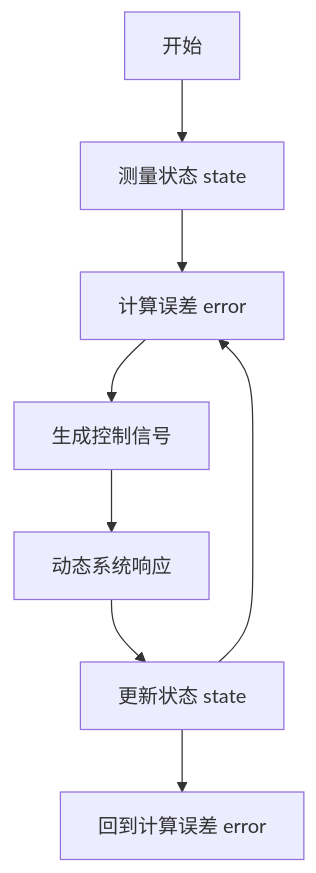
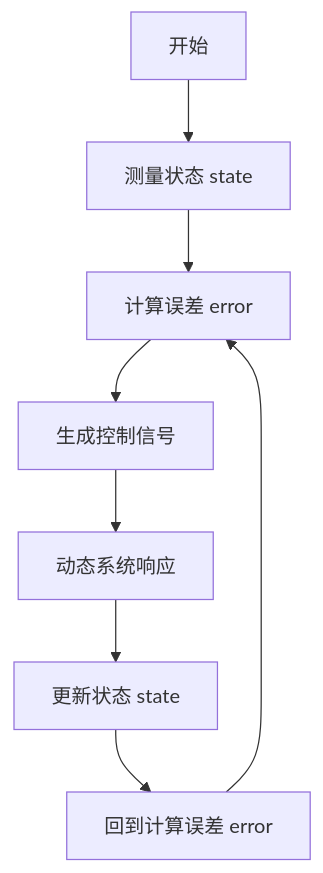
One commit to chao-8xx/stackedit-app-data changed the second of 2 diagrams in 四旋翼无人机轨迹二维跟踪控制.md. Above: the diagram before and after it, drawn with Mermaid. The commit also changed other lines of this file, not shown here.

````diff
--- a/四旋翼无人机轨迹二维跟踪控制.md
+++ b/四旋翼无人机轨迹二维跟踪控制.md
@@ -165,10 +165,10 @@
 ```mermaid
   graph TD
     A[开始] --> B[测量状态 state]
     B --> C[计算误差 error]
     C --> D[生成控制信号]
     D --> E[动态系统响应]
     E --> F[更新状态 state]
     F --> G[回到计算误差 error]
-    F --> C  
+    G --> C  
 ```
````
